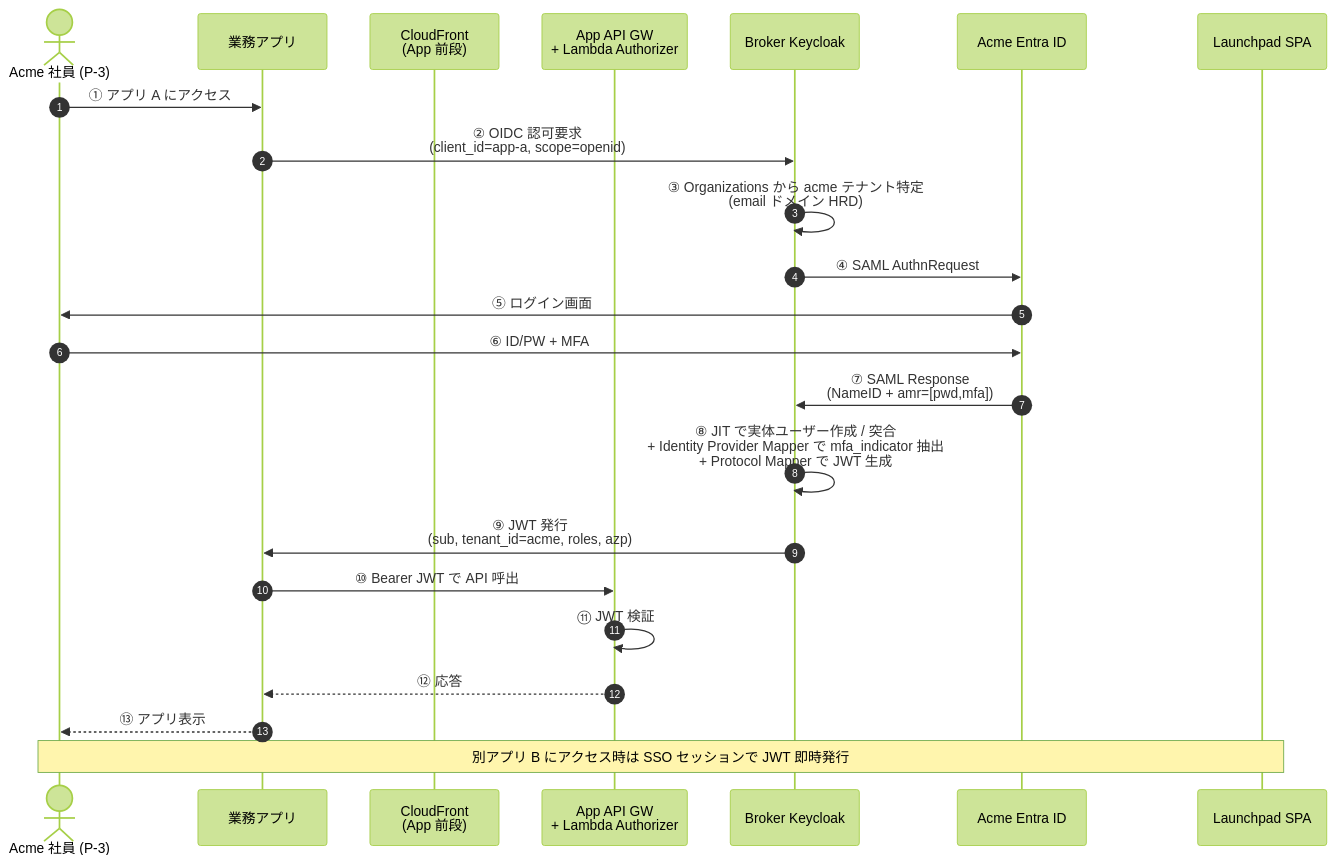
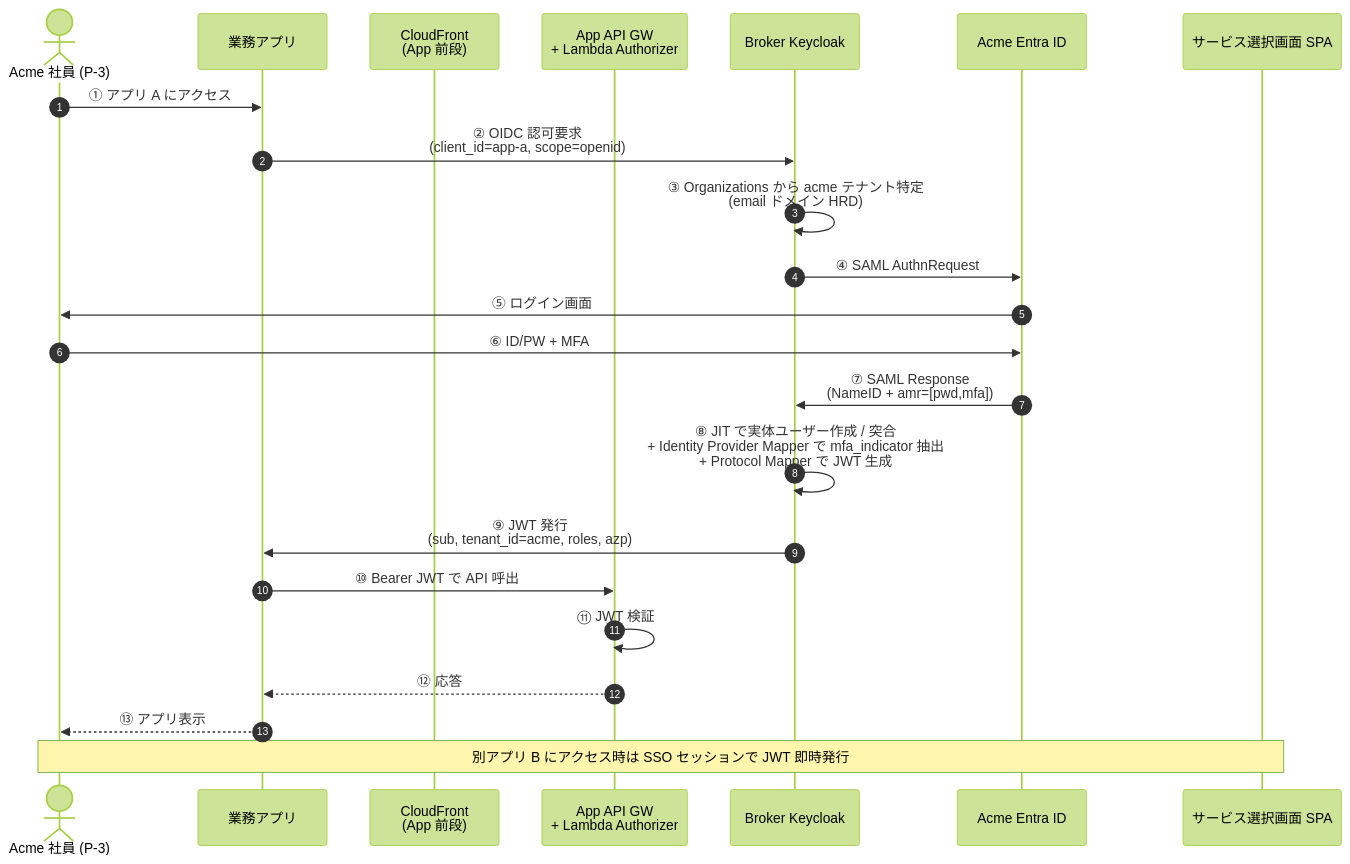
The second of 11 diagrams in doc/requirements/proposal/common/07-implementation-architecture.md (suepie/aws-atuh-poc), drawn with Mermaid (forest theme) before and after one commit. The commit also changed other lines of this file and 53 other files, not shown here.

````diff
--- a/doc/requirements/proposal/common/07-implementation-architecture.md
+++ b/doc/requirements/proposal/common/07-implementation-architecture.md
@@ -1409,26 +1407,26 @@
 ```mermaid
 sequenceDiagram
     autonumber
     actor U as Acme 社員 (P-3)
     participant App as 業務アプリ
     participant CF as CloudFront<br/>(App 前段)
     participant API as App API GW<br/>+ Lambda Authorizer
     participant BKC as Broker Keycloak
     participant Entra as Acme Entra ID
-    participant LP as Launchpad SPA
+    participant LP as サービス選択画面 SPA
 
     U->>App: ① アプリ A にアクセス
     App->>BKC: ② OIDC 認可要求<br/>(client_id=app-a, scope=openid)
     BKC->>BKC: ③ Organizations から acme テナント特定<br/>(email ドメイン HRD)
     BKC->>Entra: ④ SAML AuthnRequest
     Entra->>U: ⑤ ログイン画面
     U->>Entra: ⑥ ID/PW + MFA
     Entra->>BKC: ⑦ SAML Response<br/>(NameID + amr=[pwd,mfa])
     BKC->>BKC: ⑧ JIT で実体ユーザー作成 / 突合<br/>+ Identity Provider Mapper で mfa_indicator 抽出<br/>+ Protocol Mapper で JWT 生成
     BKC->>App: ⑨ JWT 発行<br/>(sub, tenant_id=acme, roles, azp)
     App->>API: ⑩ Bearer JWT で API 呼出
     API->>API: ⑪ JWT 検証
     API-->>App: ⑫ 応答
     App-->>U: ⑬ アプリ表示
     Note over U,LP: 別アプリ B にアクセス時は SSO セッションで JWT 即時発行
 ```
````
